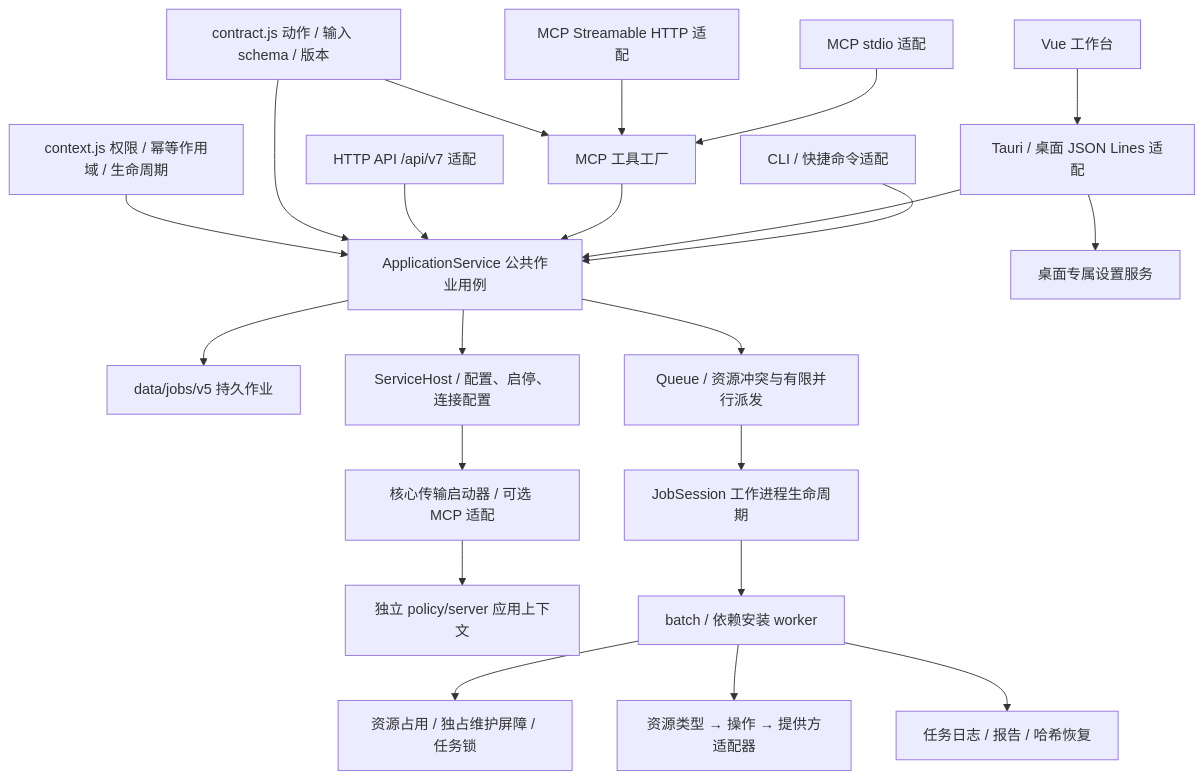
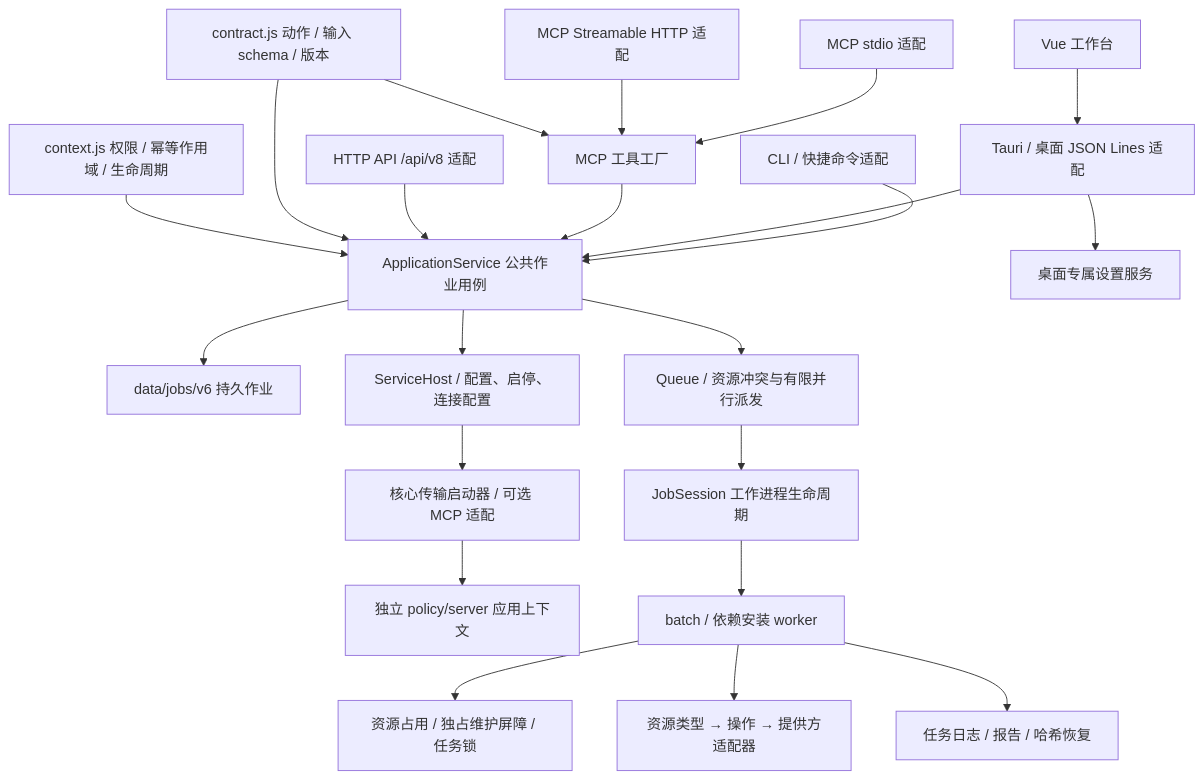
The diagram in docs/architecture/application.md (ISQIShI/AssetToolbox), drawn with Mermaid before and after one commit. The commit also changed other lines of this file and 81 other files, not shown here.

````diff
--- a/docs/architecture/application.md
+++ b/docs/architecture/application.md
@@ -7,24 +7,24 @@
 ```mermaid
 flowchart TD
     UI[Vue 工作台] --> Native[Tauri / 桌面 JSON Lines 适配]
     CLI[CLI / 快捷命令适配] --> App[ApplicationService 公共作业用例]
     Native --> App
     Stdio[MCP stdio 适配] --> Tools[MCP 工具工厂]
     Stream[MCP Streamable HTTP 适配] --> Tools
     Tools --> App
-    HTTP[HTTP API /api/v7 适配] --> App
+    HTTP[HTTP API /api/v8 适配] --> App
     Contract[contract.js 动作 / 输入 schema / 版本] --> App
     Contract --> Tools
     Context[context.js 权限 / 幂等作用域 / 生命周期] --> App
-    App --> Store[data/jobs/v5 持久作业]
+    App --> Store[data/jobs/v6 持久作业]
     App --> Queue[Queue / 资源冲突与有限并行派发]
     App --> Services[ServiceHost / 配置、启停、连接配置]
     Services --> Listener[核心传输启动器 / 可选 MCP 适配]
     Listener --> ServerContext[独立 policy/server 应用上下文]
     Queue --> Session[JobSession 工作进程生命周期]
     Session --> Worker[batch / 依赖安装 worker]
     Worker --> Lock[资源占用 / 独占维护屏障 / 任务锁]
     Worker --> Engine[资源类型 → 操作 → 提供方适配器]
     Worker --> Recovery[任务日志 / 报告 / 哈希恢复]
     Native --> Settings[桌面专属设置服务]
 ```
````
